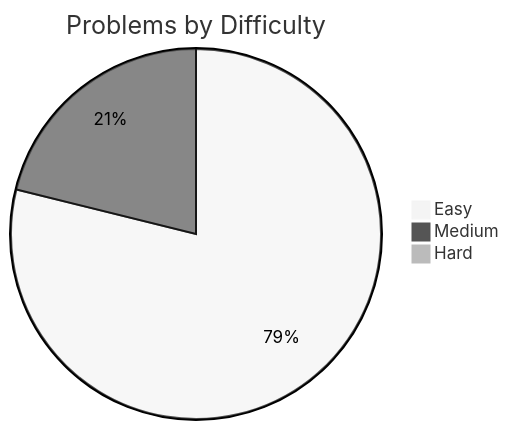
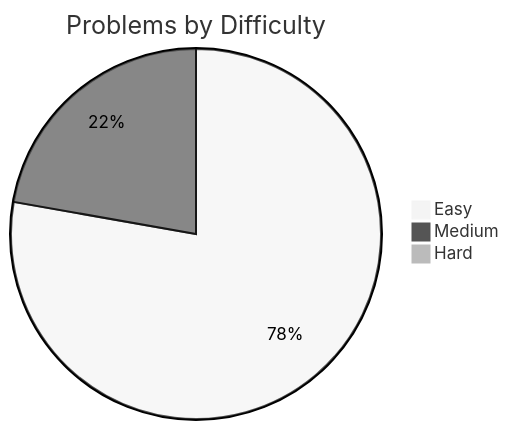
One commit to davelin18yufan/leetcode-journal changed the diagram in README.md. Above: the diagram before and after it, drawn with Mermaid (neutral theme). The commit also changed other lines of this file and 4 other files, not shown here.

````diff
--- a/README.md
+++ b/README.md
@@ -7,7 +7,7 @@
 ```mermaid
 pie
     title Problems by Difficulty
     "Easy" : 56
-    "Medium" : 15
+    "Medium" : 16
     "Hard" : 0
 ```
````
